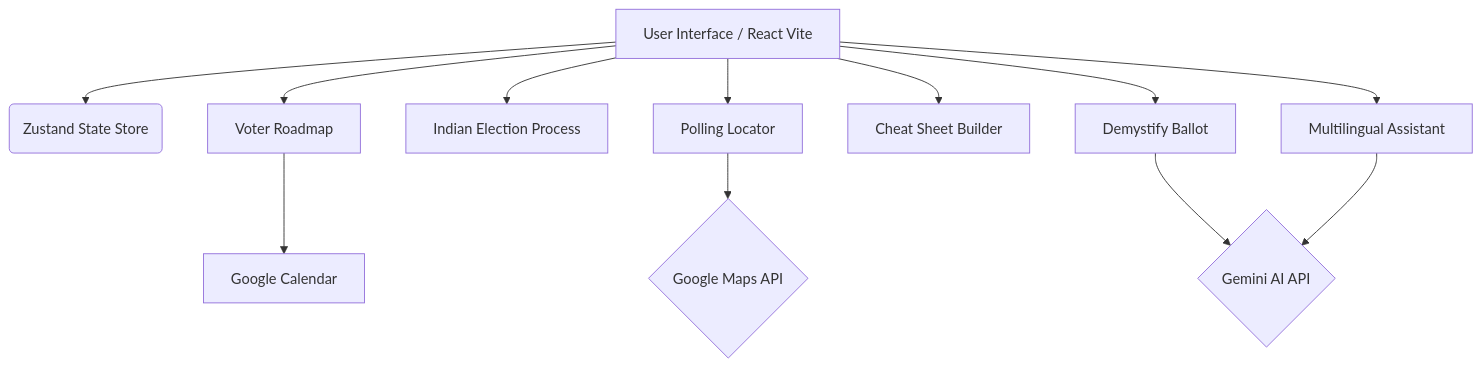
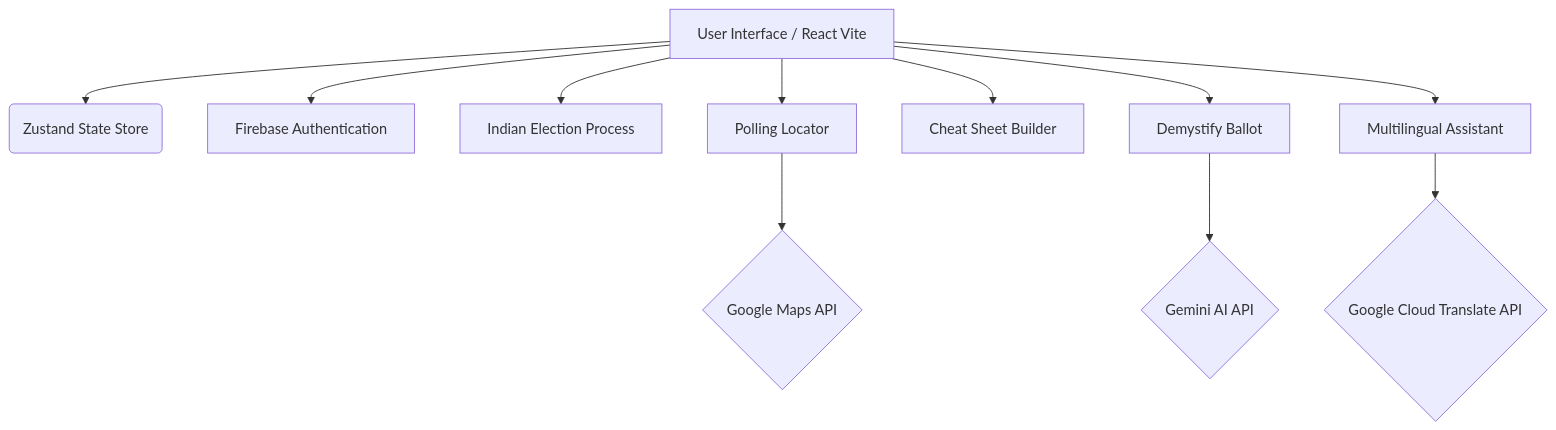
One commit to SanketKumarKar/Election-Prompt-Wars changed the diagram in README.md. Above: the diagram before and after it, drawn with Mermaid. The commit also changed other lines of this file and 15 other files, not shown here.

First line of the commit message:
feat: Integrate Firebase authentication and update env vars

````diff
--- a/README.md
+++ b/README.md
@@ -17,16 +18,14 @@
 ```mermaid
 graph TD
     A[User Interface / React Vite] --> B(Zustand State Store)
-    A --> C[Voter Roadmap]
+    A --> C[Firebase Authentication]
     A --> D[Indian Election Process]
     A --> E[Polling Locator]
     A --> F[Cheat Sheet Builder]
     A --> G[Demystify Ballot]
     A --> H[Multilingual Assistant]
     
     E --> I{Google Maps API}
     G --> J{Gemini AI API}
-    H --> J
-    
-    C --> K[Google Calendar]
+    H --> K{Google Cloud Translate API}
 ```
````
